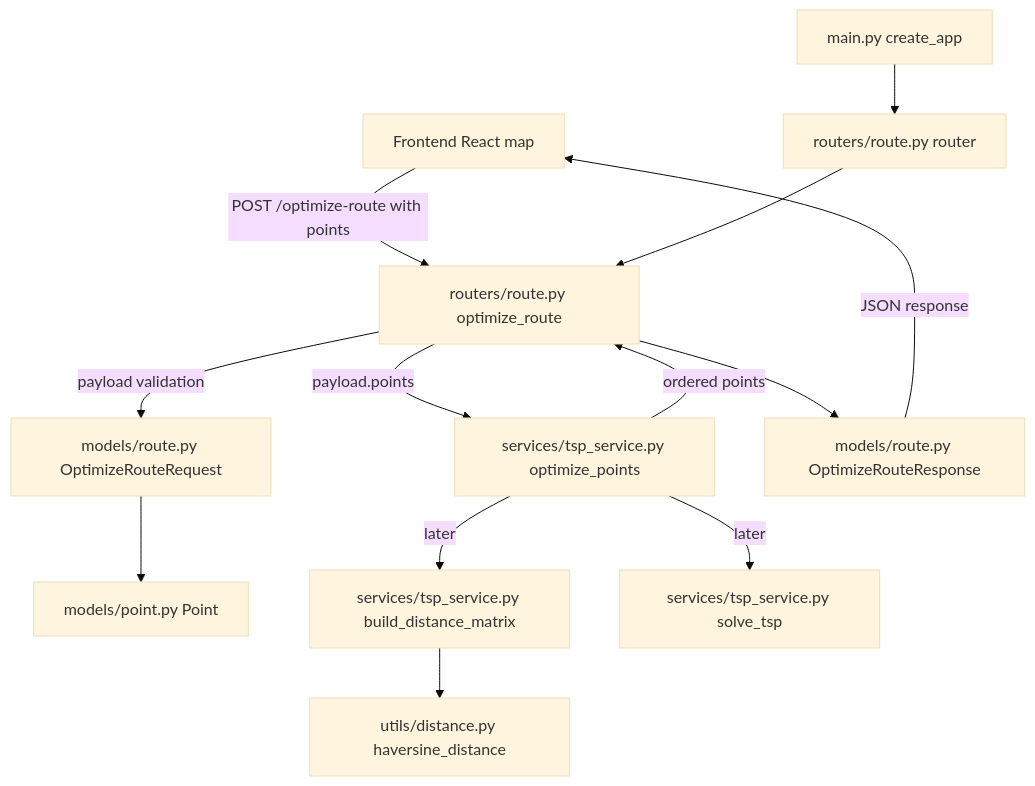
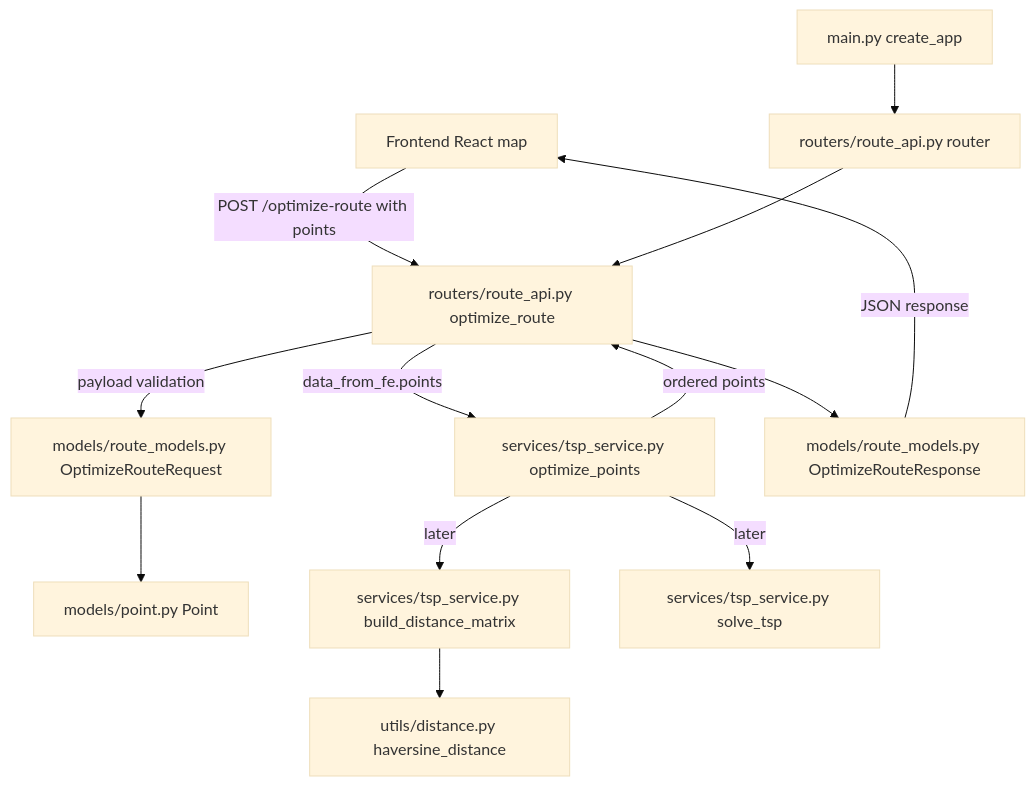
One commit to Duy-Nguyen-2006/Project1-Road-Finder changed the ninth of 10 diagrams in backend/Backend-Structure.md. Above: the diagram before and after it, drawn with Mermaid (base theme). The commit also changed other lines of this file and 20 other files, not shown here.

````diff
--- a/backend/Backend-Structure.md
+++ b/backend/Backend-Structure.md
@@ -265,22 +265,22 @@
 ```mermaid
 flowchart TD
     FE[Frontend React map]
 
-    FE -->|POST /optimize-route with points| API[routers/route.py optimize_route]
+    FE -->|POST /optimize-route with points| API[routers/route_api.py optimize_route]
 
-    API -->|payload validation| REQ[models/route.py OptimizeRouteRequest]
+    API -->|payload validation| REQ[models/route_models.py OptimizeRouteRequest]
     REQ --> POINT[models/point.py Point]
 
-    API -->|payload.points| SERVICE[services/tsp_service.py optimize_points]
+    API -->|data_from_fe.points| SERVICE[services/tsp_service.py optimize_points]
 
     SERVICE -->|later| MATRIX[services/tsp_service.py build_distance_matrix]
     MATRIX --> DIST[utils/distance.py haversine_distance]
     SERVICE -->|later| SOLVER[services/tsp_service.py solve_tsp]
 
     SERVICE -->|ordered points| API
-    API --> RES[models/route.py OptimizeRouteResponse]
+    API --> RES[models/route_models.py OptimizeRouteResponse]
     RES -->|JSON response| FE
 
-    MAIN[main.py create_app] --> ROUTER[routers/route.py router]
+    MAIN[main.py create_app] --> ROUTER[routers/route_api.py router]
     ROUTER --> API
 ```
````
